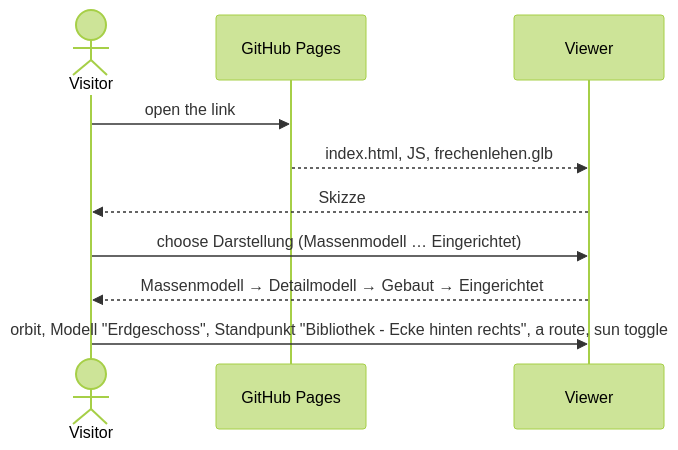
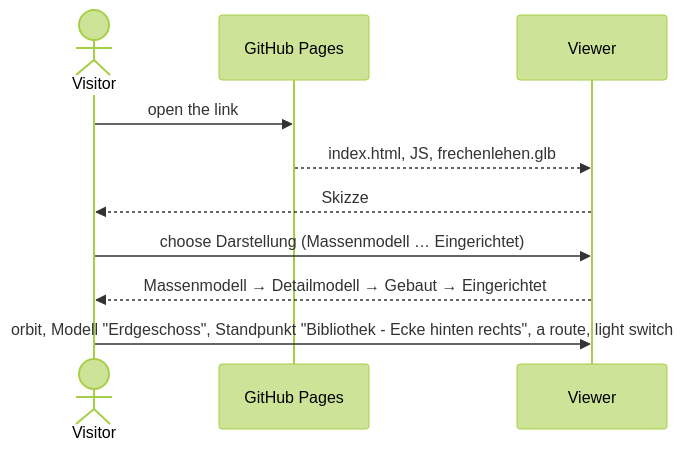
The second of 2 diagrams in specs/system/functional.md (tillg/frechen_blender), drawn with Mermaid (forest theme) before and after one commit. The commit also changed other lines of this file and 39 other files, not shown here.

````diff
--- a/specs/system/functional.md
+++ b/specs/system/functional.md
@@ -392,12 +407,12 @@
 ```mermaid
 sequenceDiagram
     actor Visitor
     participant P as GitHub Pages
     participant V as Viewer
     Visitor->>P: open the link
     P-->>V: index.html, JS, frechenlehen.glb
     V-->>Visitor: Skizze
     Visitor->>V: choose Darstellung (Massenmodell … Eingerichtet)
     V-->>Visitor: Massenmodell → Detailmodell → Gebaut → Eingerichtet
-    Visitor->>V: orbit, Modell "Erdgeschoss", Standpunkt "Bibliothek - Ecke hinten rechts", a route, sun toggle
+    Visitor->>V: orbit, Modell "Erdgeschoss", Standpunkt "Bibliothek - Ecke hinten rechts", a route, light switch
 ```
````
